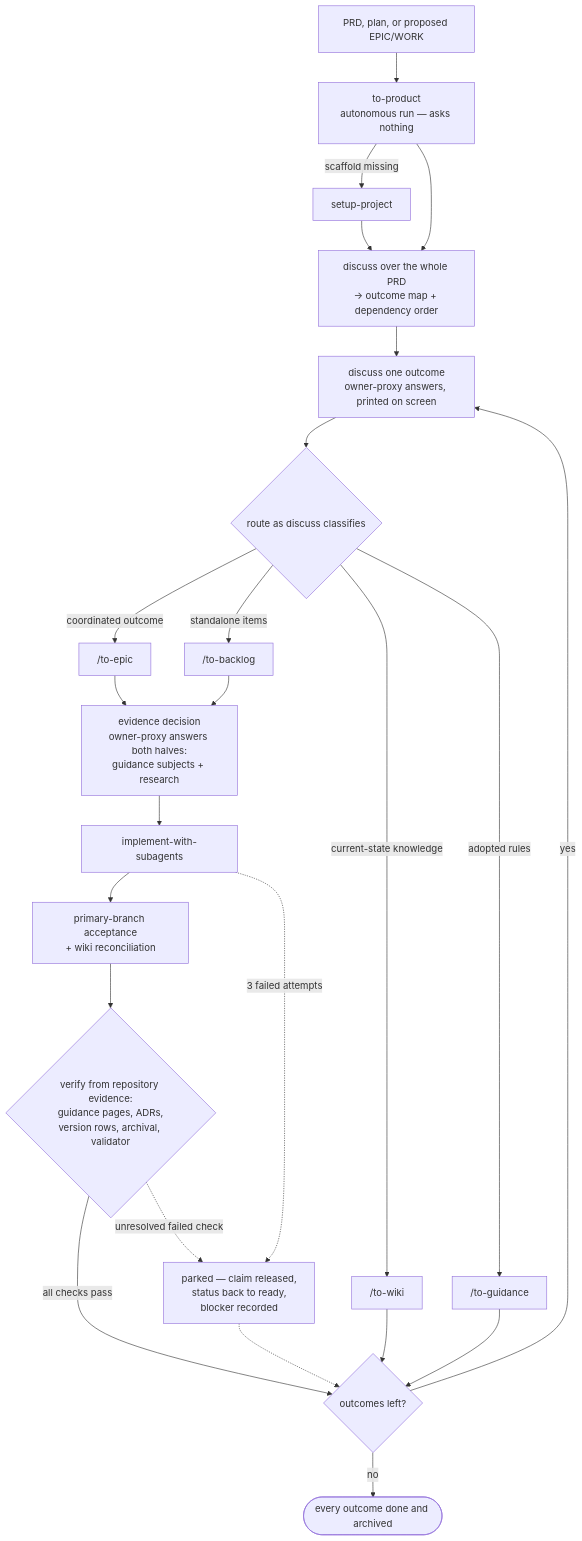
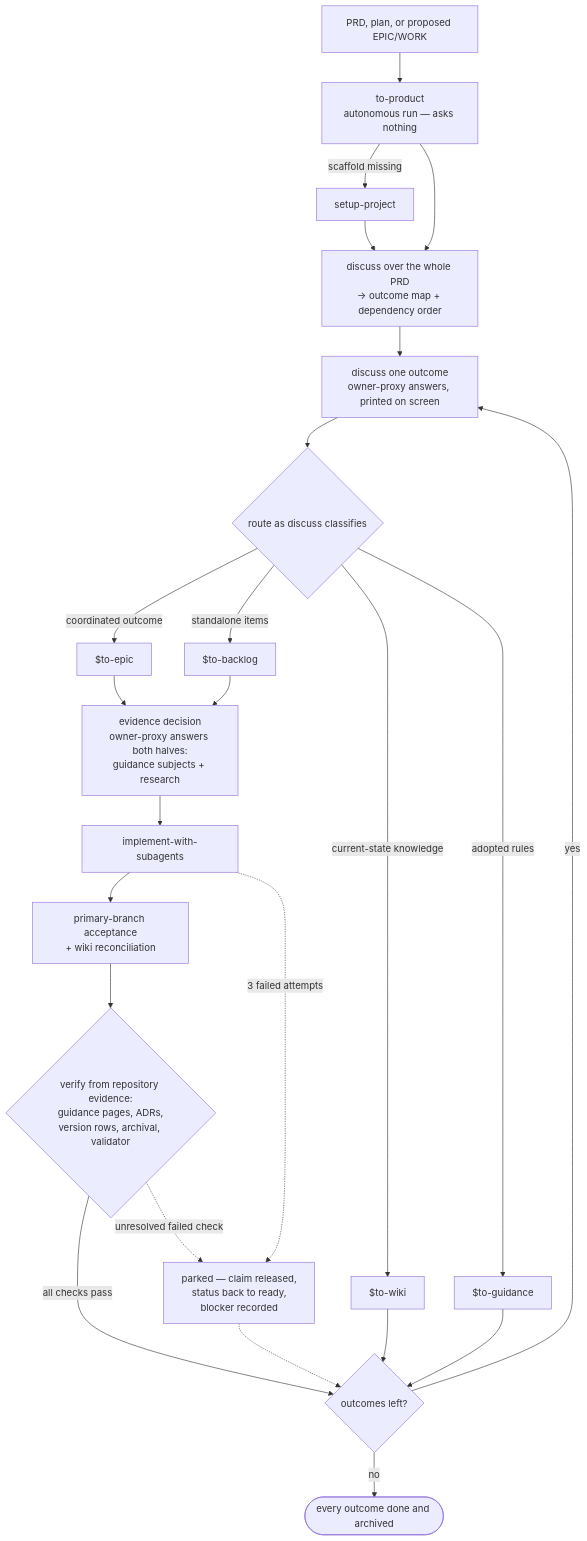
The fifth of 5 diagrams in README.md (beeltec/skills), drawn with Mermaid before and after one commit. The commit also changed other lines of this file and 27 other files, not shown here.

````diff
--- a/README.md
+++ b/README.md
@@ -103,26 +103,26 @@
 ```mermaid
 flowchart TD
     PRD["PRD, plan, or proposed EPIC/WORK"] --> TP["to-product<br/>autonomous run — asks nothing"]
     TP -->|scaffold missing| SP["setup-project"]
     SP --> MAP
     TP --> MAP["discuss over the whole PRD<br/>→ outcome map + dependency order"]
     MAP --> D["discuss one outcome<br/>owner-proxy answers, printed on screen"]
     D --> RT{"route as discuss classifies"}
-    RT -->|coordinated outcome| TE["/to-epic"]
-    RT -->|standalone items| TB["/to-backlog"]
-    RT -->|current-state knowledge| TW["/to-wiki"]
-    RT -->|adopted rules| TG["/to-guidance"]
+    RT -->|coordinated outcome| TE["$to-epic"]
+    RT -->|standalone items| TB["$to-backlog"]
+    RT -->|current-state knowledge| TW["$to-wiki"]
+    RT -->|adopted rules| TG["$to-guidance"]
     TE --> ED["evidence decision<br/>owner-proxy answers both halves:<br/>guidance subjects + research"]
     TB --> ED
     ED --> IWS["implement-with-subagents"]
     IWS --> ACC["primary-branch acceptance<br/>+ wiki reconciliation"]
     ACC --> VER{"verify from repository evidence:<br/>guidance pages, ADRs,<br/>version rows, archival, validator"}
     VER -->|all checks pass| NEXT{"outcomes left?"}
     TW --> NEXT
     TG --> NEXT
     NEXT -->|yes| D
     NEXT -->|no| DONE(["every outcome done and archived"])
     IWS -.->|3 failed attempts| PARK["parked — claim released,<br/>status back to ready,<br/>blocker recorded"]
     VER -.->|unresolved failed check| PARK
     PARK -.-> NEXT
 ```
````
